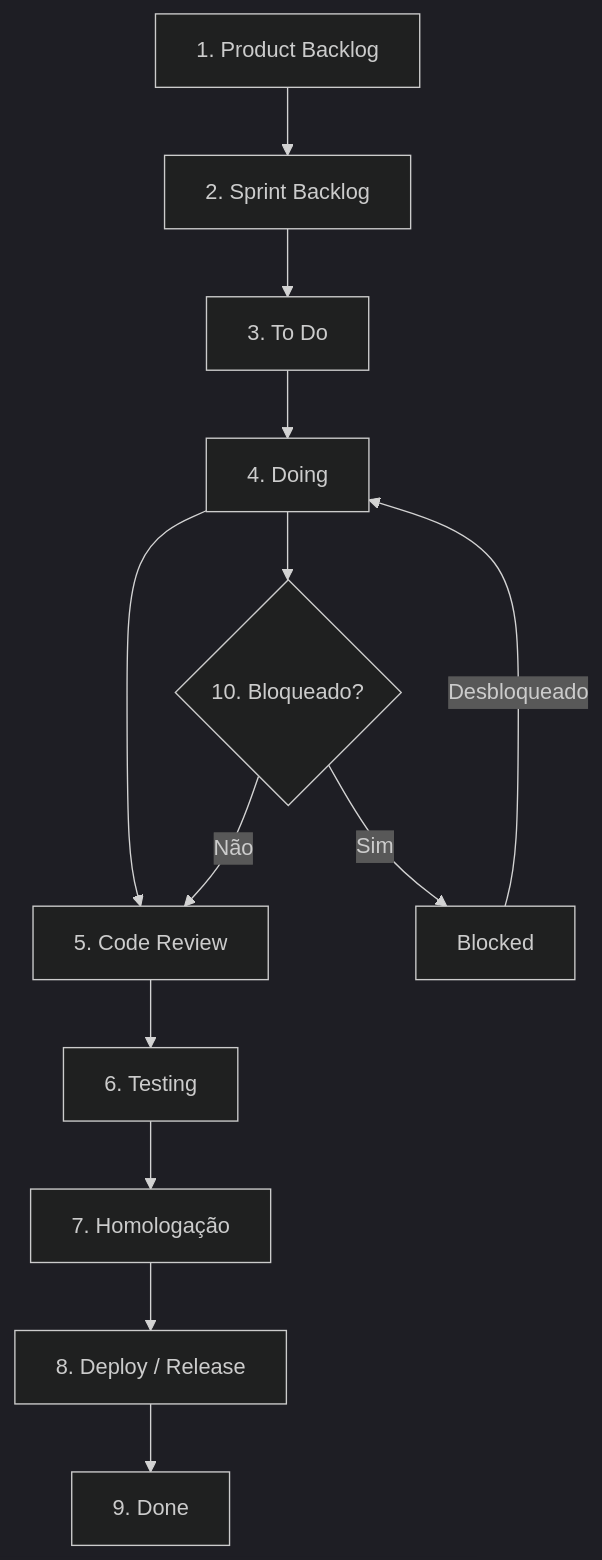
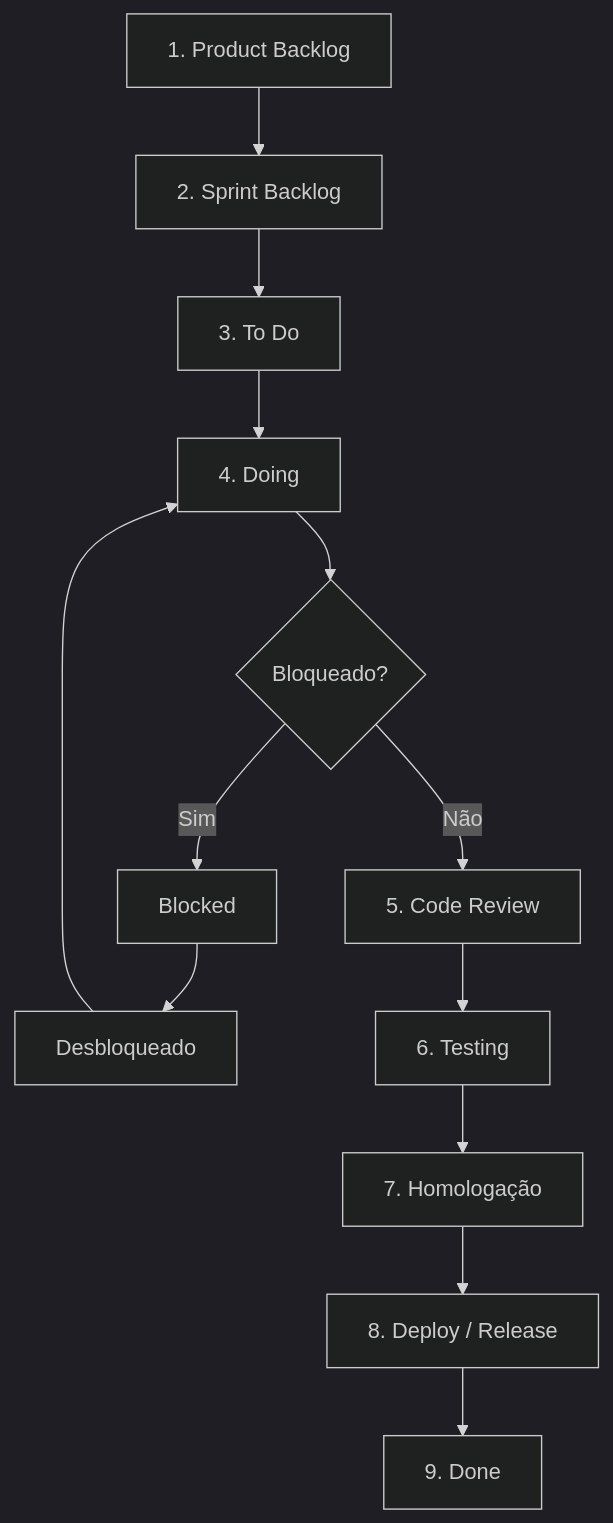
Before and after one commit to Greenmify-2026/Greenmify: the diagram in Fluxograma de Quadro Kanban Simplificado.md, drawn with Mermaid (dark theme).

Commit message:
Revise Kanban flowchart to include blocking logic

````diff
--- a/Fluxograma de Quadro Kanban Simplificado.md
+++ b/Fluxograma de Quadro Kanban Simplificado.md
@@ -1,16 +1,17 @@
 ```mermaid
 flowchart TD
     A["1. Product Backlog"] --> B["2. Sprint Backlog"]
     B --> C["3. To Do"]
     C --> D["4. Doing"]
-    D --> E["5. Code Review"]
-    E --> F["6. Testing"]
-    F --> G["7. Homologação"]
-    G --> H["8. Deploy / Release"]
-    H --> I["9. Done"]
+    D --> E{"Bloqueado?"}
 
-    D --> J{"10. Bloqueado?"}
-    J -- Sim --> K["Blocked"]
-    K -- Desbloqueado --> D
-    J -- Não --> E
+    E -- Sim --> F["Blocked"]
+    F --> G["Desbloqueado"]
+    G --> D
+
+    E -- Não --> H["5. Code Review"]
+    H --> I["6. Testing"]
+    I --> J["7. Homologação"]
+    J --> K["8. Deploy / Release"]
+    K --> L["9. Done"]
 ```
````
